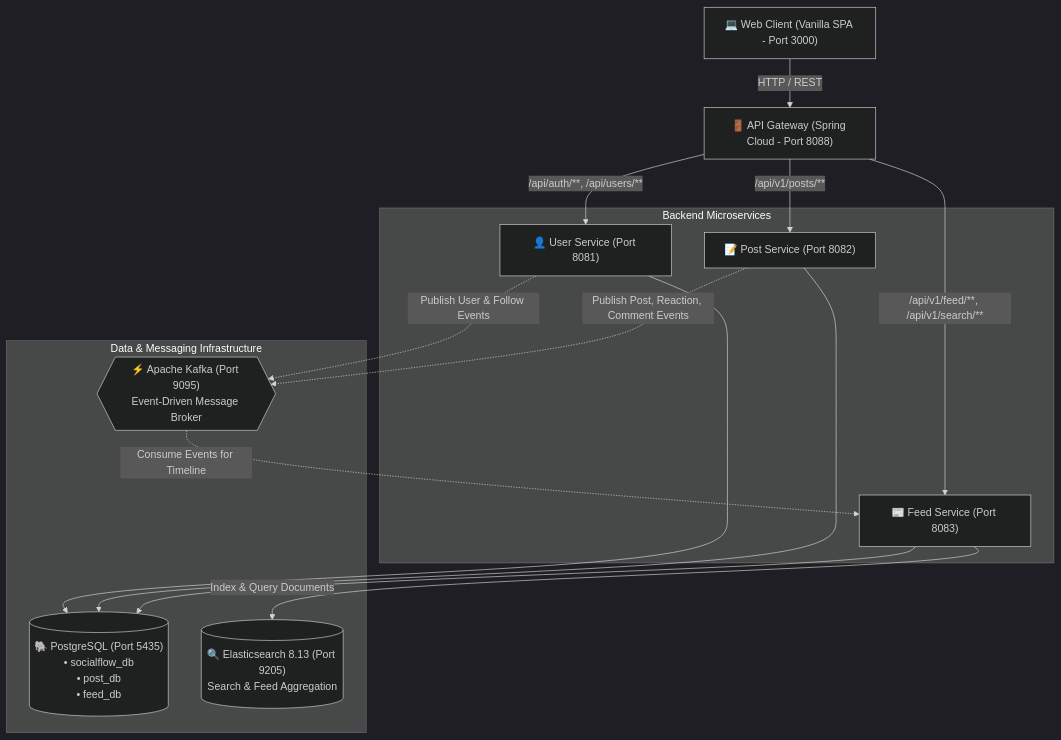
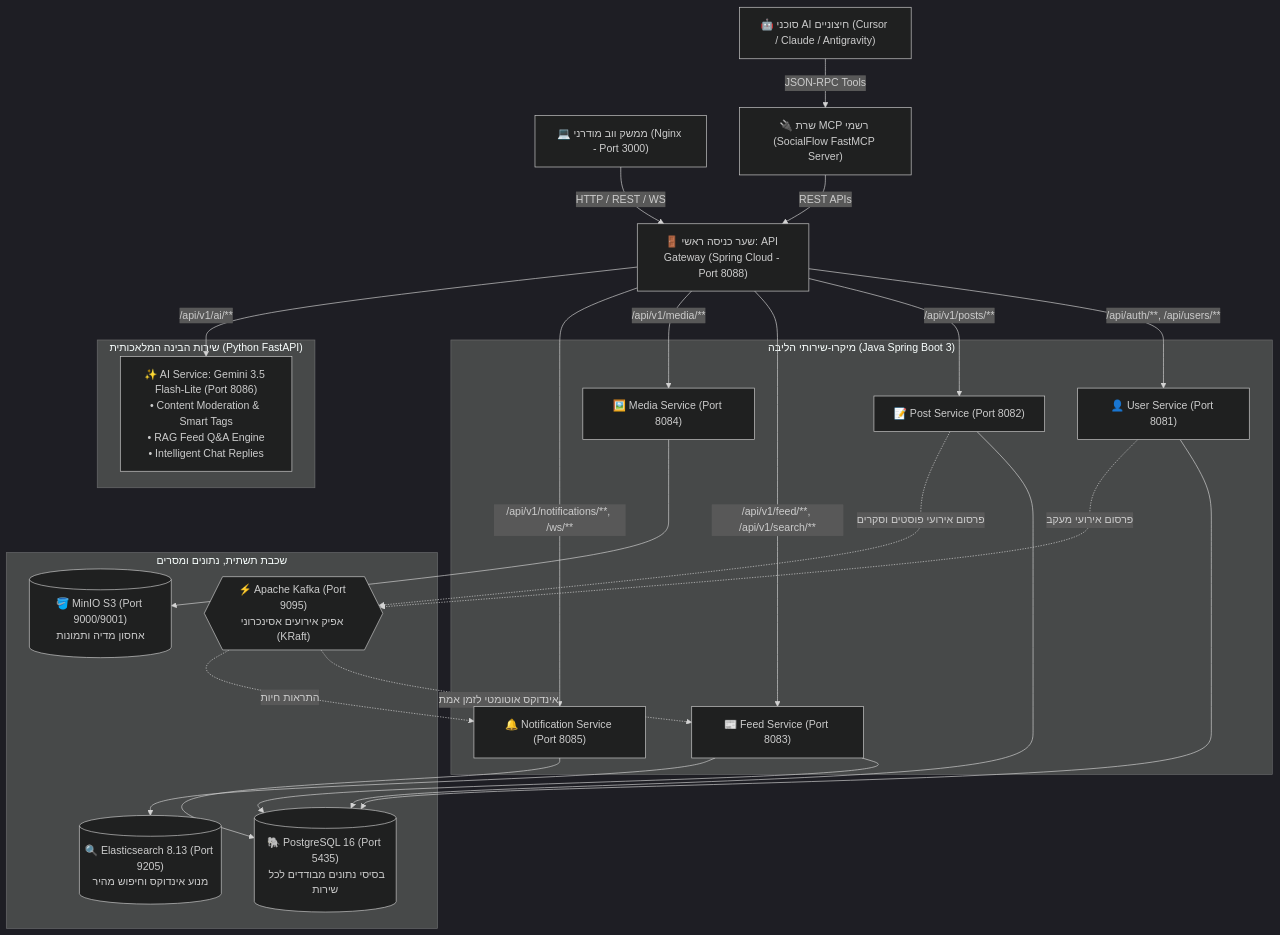
Before and after one commit to IDAN2468D/Social_Flow: the diagram in README.md, drawn with Mermaid (dark theme). The commit also changed other lines of this file, not shown here.

Commit message:
docs: comprehensive Hebrew documentation covering all 12 microservices, MCP server, Gemini AI, RAG, and UI architecture

````diff
--- a/README.md
+++ b/README.md
@@ -36,33 +41,52 @@
 ```mermaid
 flowchart TD
-    Client["💻 Web Client (Vanilla SPA - Port 3000)"]
-    Gateway["🚪 API Gateway (Spring Cloud - Port 8088)"]
+    Client["💻 ממשק ווב מודרני (Nginx - Port 3000)"]
+    Agents["🤖 סוכני AI חיצוניים (Cursor / Claude / Antigravity)"]
 
-    Client -->|HTTP / REST| Gateway
+    Gateway["🚪 שער כניסה ראשי: API Gateway (Spring Cloud - Port 8088)"]
+    MCPServer["🔌 שרת MCP רשמי (SocialFlow FastMCP Server)"]
 
-    subgraph Microservices ["Backend Microservices"]
+    Client -->|HTTP / REST / WS| Gateway
+    Agents -->|JSON-RPC Tools| MCPServer
+    MCPServer -->|REST APIs| Gateway
+
+    subgraph Core_Services ["מיקרו-שירותי הליבה (Java Spring Boot 3)"]
         UserService["👤 User Service (Port 8081)"]
         PostService["📝 Post Service (Port 8082)"]
         FeedService["📰 Feed Service (Port 8083)"]
+        MediaService["🖼️ Media Service (Port 8084)"]
+        NotifService["🔔 Notification Service (Port 8085)"]
+    end
+
+    subgraph AI_Intelligence ["שירות הבינה המלאכותית (Python FastAPI)"]
+        AIService["✨ AI Service: Gemini 3.5 Flash-Lite (Port 8086)\n• Content Moderation & Smart Tags\n• RAG Feed Q&A Engine\n• Intelligent Chat Replies"]
     end
 
     Gateway -->|/api/auth/**, /api/users/**| UserService
     Gateway -->|/api/v1/posts/**| PostService
     Gateway -->|/api/v1/feed/**, /api/v1/search/**| FeedService
+    Gateway -->|/api/v1/media/**| MediaService
+    Gateway -->|/api/v1/notifications/**, /ws/**| NotifService
+    Gateway -->|/api/v1/ai/**| AIService
 
-    subgraph DataLayer ["Data & Messaging Infrastructure"]
-        Postgres[("🐘 PostgreSQL (Port 5435)\n• socialflow_db\n• post_db\n• feed_db")]
-        Kafka{{"⚡ Apache Kafka (Port 9095)\nEvent-Driven Message Broker"}}
-        Elastic[("🔍 Elasticsearch 8.13 (Port 9205)\nSearch & Feed Aggregation")]
+    subgraph Storage_and_Bus ["שכבת תשתית, נתונים ומסרים"]
+        Postgres[("🐘 PostgreSQL 16 (Port 5435)\nבסיסי נתונים מבודדים לכל שירות")]
+        Kafka{{"⚡ Apache Kafka (Port 9095)\nאפיק אירועים אסינכרוני (KRaft)"}}
+        Elastic[("🔍 Elasticsearch 8.13 (Port 9205)\nמנוע אינדוקס וחיפוש מהיר")]
+        MinIO[("🪣 MinIO S3 (Port 9000/9001)\nאחסון מדיה ותמונות")]
     end
 
     UserService --> Postgres
     PostService --> Postgres
     FeedService --> Postgres
+    NotifService --> Postgres
 
-    UserService -.->|Publish User & Follow Events| Kafka
-    PostService -.->|Publish Post, Reaction, Comment Events| Kafka
+    MediaService --> MinIO
+    PostService -.->|פרסום אירועי פוסטים וסקרים| Kafka
+    UserService -.->|פרסום אירועי מעקב| Kafka
 
-    Kafka -.->|Consume Events for Timeline| FeedService
-    FeedService -->|Index & Query Documents| Elastic
+    Kafka -.->|אינדוקס אוטומטי לזמן אמת| FeedService
+    Kafka -.->|התראות חיות| NotifService
+
+    FeedService --> Elastic
 ```
````
